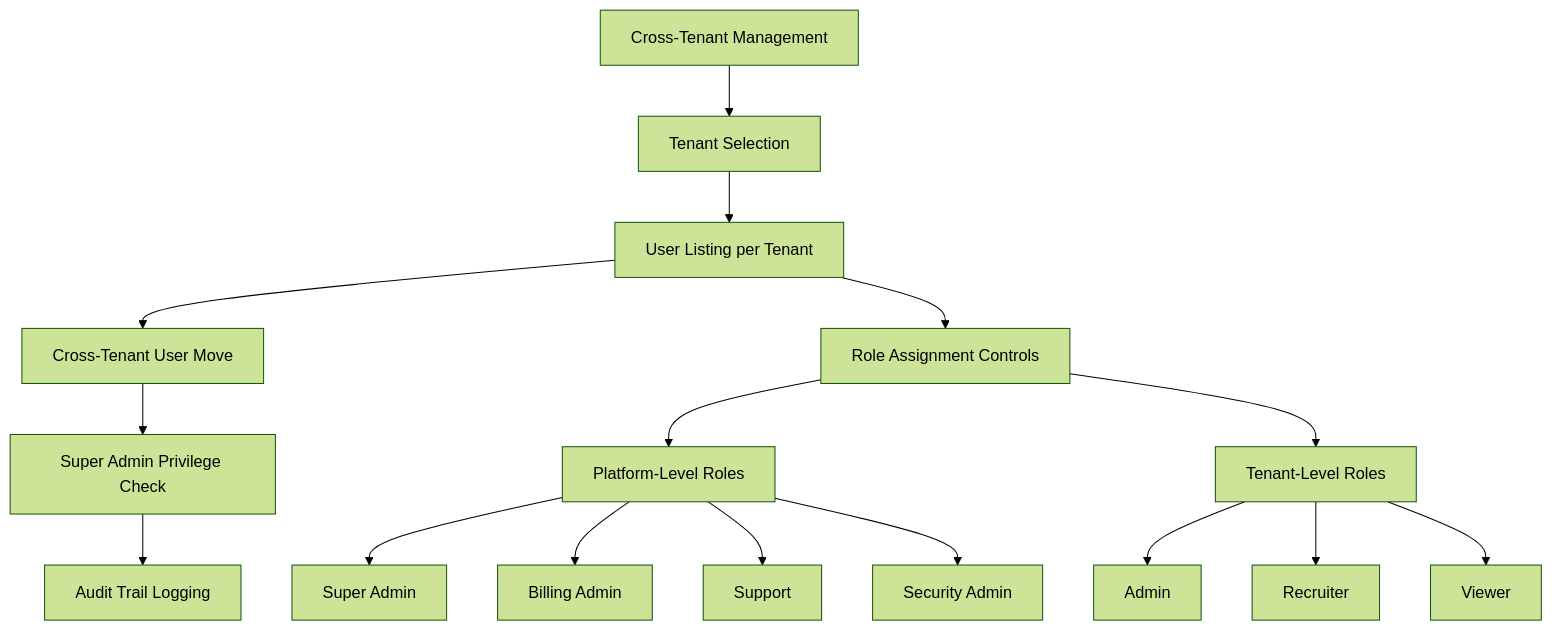
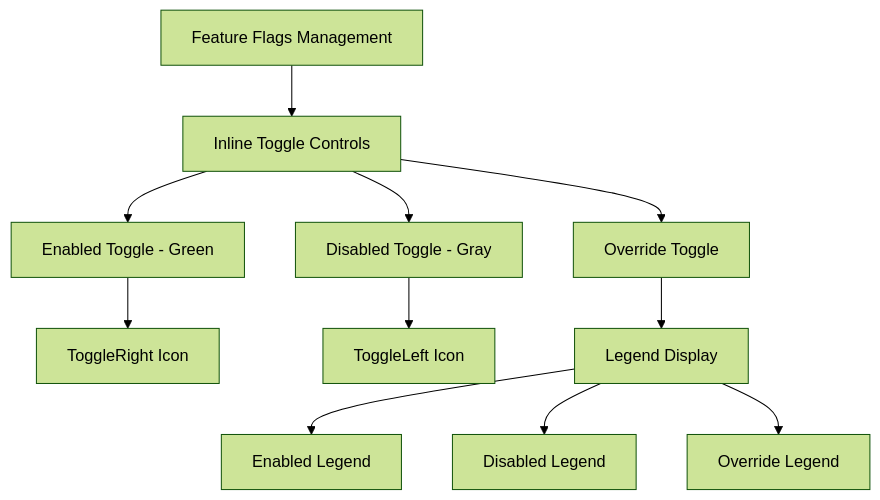
The tenth of 27 diagrams in .qoder/repowiki/en/content/Frontend Architecture/User Management.md (Revanththetalogics/aireume), drawn with Mermaid (forest theme) before and after one commit. The commit also changed other lines of this file and 7 other files, not shown here.

````diff
--- a/.qoder/repowiki/en/content/Frontend Architecture/User Management.md
+++ b/.qoder/repowiki/en/content/Frontend Architecture/User Management.md
@@ -451,18 +517,13 @@
 ```mermaid
 flowchart TD
-CrossTenant[Cross-Tenant Management] --> TenantSelection[Tenant Selection]
-TenantSelection --> UserListing[User Listing per Tenant]
-UserListing --> CrossTenantMove[Cross-Tenant User Move]
-CrossTenantMove --> SuperAdminCheck[Super Admin Privilege Check]
-SuperAdminCheck --> AuditLog[Audit Trail Logging]
-UserListing --> RoleAssignment[Role Assignment Controls]
-RoleAssignment --> PlatformRoles[Platform-Level Roles]
-RoleAssignment --> TenantRoles[Tenant-Level Roles]
-PlatformRoles --> SuperAdmin[Super Admin]
-PlatformRoles --> BillingAdmin[Billing Admin]
-PlatformRoles --> Support[Support]
-PlatformRoles --> SecurityAdmin[Security Admin]
-TenantRoles --> Admin[Admin]
-TenantRoles --> Recruiter[Recruiter]
-TenantRoles --> Viewer[Viewer]
+FeatureFlags[Feature Flags Management] --> ToggleControls[Inline Toggle Controls]
+ToggleControls --> EnabledToggle[Enabled Toggle - Green]
+ToggleControls --> DisabledToggle[Disabled Toggle - Gray]
+ToggleControls --> OverrideToggle[Override Toggle]
+EnabledToggle --> ToggleRight[ToggleRight Icon]
+DisabledToggle --> ToggleLeft[ToggleLeft Icon]
+OverrideToggle --> Legend[Legend Display]
+Legend --> EnabledLegend[Enabled Legend]
+Legend --> DisabledLegend[Disabled Legend]
+Legend --> OverrideLegend[Override Legend]
 ```
````
